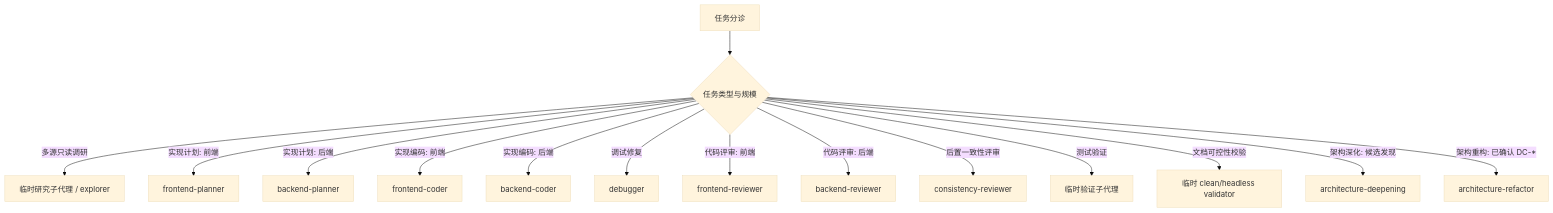
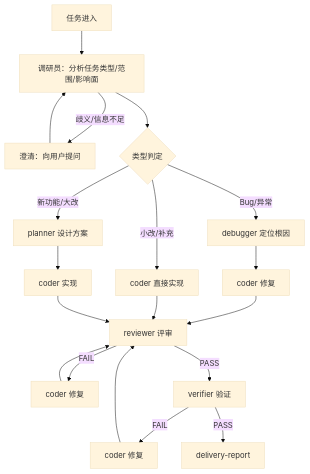
One commit to moluoxixi/AIRules changed the diagram in rules/AGENTS.md. Above: the diagram before and after it, drawn with Mermaid (base theme). The commit also changed other lines of this file and 52 other files, not shown here.

````diff
--- a/rules/AGENTS.md
+++ b/rules/AGENTS.md
@@ -68,17 +5,18 @@
 ```mermaid
 flowchart TD
-  T["任务分诊"] --> D{"任务类型与规模"}
-  D -->|多源只读调研| Research["临时研究子代理 / explorer"]
-  D -->|实现计划: 前端| FrontendPlan["frontend-planner"]
-  D -->|实现计划: 后端| BackendPlan["backend-planner"]
-  D -->|实现编码: 前端| FrontendCode["frontend-coder"]
-  D -->|实现编码: 后端| BackendCode["backend-coder"]
-  D -->|调试修复| Debug["debugger"]
-  D -->|代码评审: 前端| FrontendReview["frontend-reviewer"]
-  D -->|代码评审: 后端| BackendReview["backend-reviewer"]
-  D -->|后置一致性评审| ConsistencyReview["consistency-reviewer"]
-  D -->|测试验证| Verify["临时验证子代理"]
-  D -->|文档可控性校验| DocCheck["临时 clean/headless validator"]
-  D -->|架构深化: 候选发现| Deepening["architecture-deepening"]
-  D -->|架构重构: 已确认 DC-*| Refactor["architecture-refactor"]
+  Task["任务进入"] --> Research["调研员：分析任务类型/范围/影响面"]
+  Research -->|歧义/信息不足| Clarify["澄清：向用户提问"] --> Research
+  Research --> Type{"类型判定"}
+  Type -->|Bug/异常| Debug["debugger 定位根因"]
+  Type -->|新功能/大改| Plan["planner 设计方案"]
+  Type -->|小改/补充| Code["coder 直接实现"]
+  Debug --> Fix["coder 修复"]
+  Plan --> Code2["coder 实现"]
+  Fix --> Review["reviewer 评审"]
+  Code --> Review
+  Code2 --> Review
+  Review -->|FAIL| FixR["coder 修复"] --> Review
+  Review -->|PASS| Verify["verifier 验证"]
+  Verify -->|FAIL| FixV["coder 修复"] --> Review
+  Verify -->|PASS| Done["delivery-report"]
 ```
````
